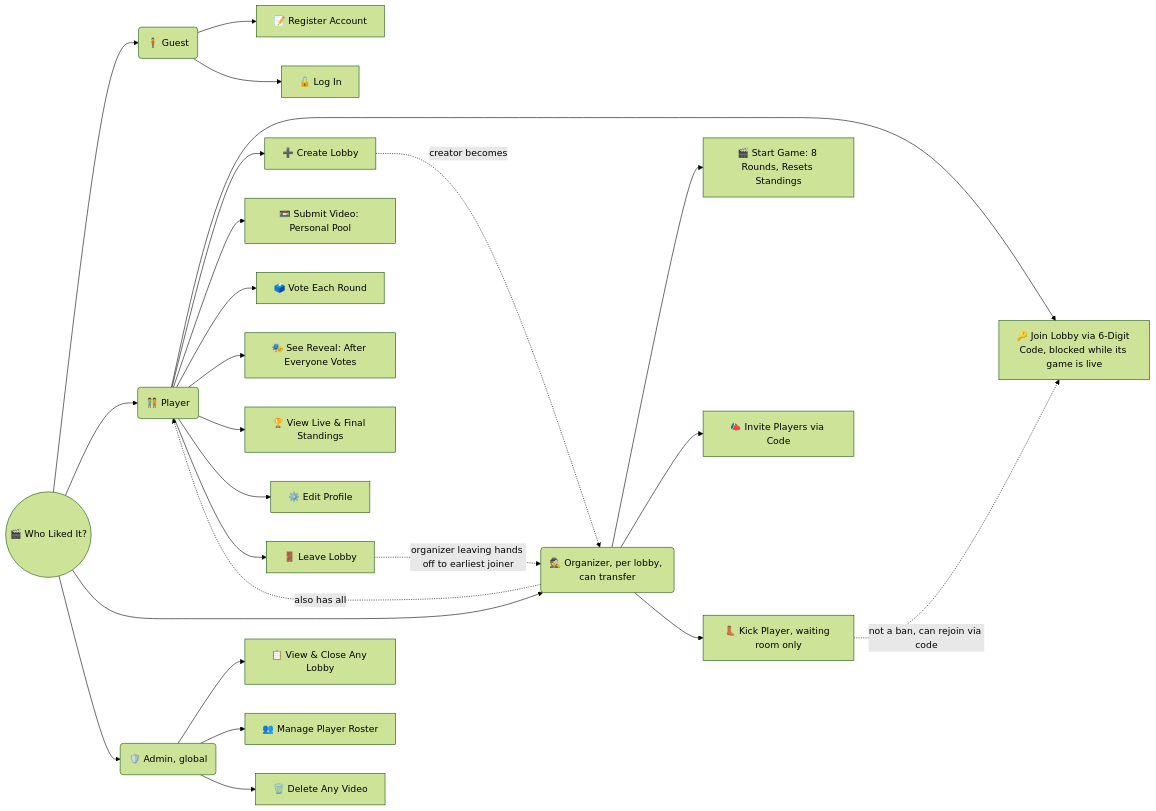
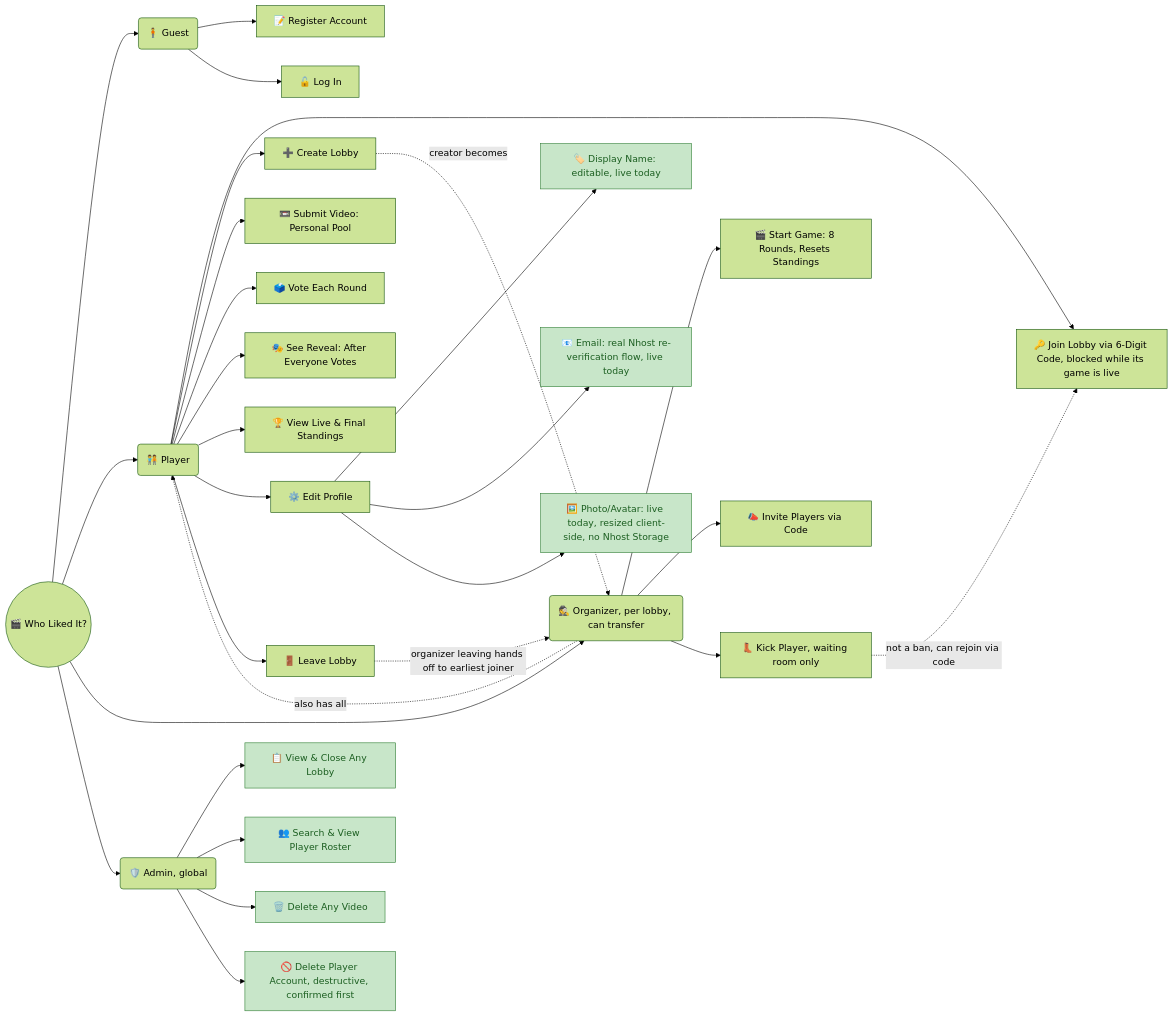
One commit to chrylox/who-liked-it changed the diagram in README.md. Above: the diagram before and after it, drawn with Mermaid (forest theme). The commit also changed other lines of this file and 1 other file, not shown here.

Commit message:
Bring README and handoff fully up to date for a clean handoff
README still described the project as an unbuilt Supabase-based prototype
— rewritten to match reality (Nhost, live, every role real) and synced
its embedded diagram with the current one. PROJECT_HANDOFF.md now covers
today's real-device fixes: the guess-sheet toggle restoration, the
resolve-tiktok-link Nhost Function for short share links, and the switch
to TikTok's Embed Player to stop leaking the submitter's username via the
caption before reveal.

````diff
--- a/README.md
+++ b/README.md
@@ -7,32 +9,39 @@
 ```mermaid
 graph LR
   Root((🎬 Who Liked It?))
 
   Root --> Guest(🧍 Guest)
   Guest --> G1[📝 Register Account]
   Guest --> G2[🔓 Log In]
 
   Root --> Player(🧑‍🤝‍🧑 Player)
   Player --> P1[🔑 Join Lobby via 6-Digit Code, blocked while its game is live]
   Player --> P2[➕ Create Lobby]
   Player --> P3[📼 Submit Video: Personal Pool]
   Player --> P4[🗳️ Vote Each Round]
   Player --> P5[🎭 See Reveal: After Everyone Votes]
-  Player --> P6[🏆 View Live & Final Standings]
+  Player --> P6[🏆 View Live &amp; Final Standings]
   Player --> P7[⚙️ Edit Profile]
+  P7 --> P7a[🏷️ Display Name: editable, live today]
+  P7 --> P7b[📧 Email: real Nhost re-verification flow, live today]
+  P7 --> P7c[🖼️ Photo/Avatar: live today, resized client-side, no Nhost Storage]
   Player --> P8[🚪 Leave Lobby]
 
   Root --> Organizer(🕵️ Organizer, per lobby, can transfer)
   Organizer --> O1[🎬 Start Game: 8 Rounds, Resets Standings]
   Organizer --> O2[📣 Invite Players via Code]
   Organizer --> O3[👢 Kick Player, waiting room only]
   Organizer -.->|also has all| Player
   P2 -.->|creator becomes| Organizer
   P8 -.->|organizer leaving hands off to earliest joiner| Organizer
   O3 -.->|not a ban, can rejoin via code| P1
 
   Root --> Admin(🛡️ Admin, global)
-  Admin --> A1[📋 View & Close Any Lobby]
-  Admin --> A2[👥 Manage Player Roster]
+  Admin --> A1[📋 View &amp; Close Any Lobby]
+  Admin --> A2[👥 Search &amp; View Player Roster]
   Admin --> A3[🗑️ Delete Any Video]
+  Admin --> A4[🚫 Delete Player Account, destructive, confirmed first]
+
+  classDef live fill:#c8e6c9,stroke:#2e7d32,color:#1b5e20
+  class P7a,P7b,P7c,A1,A2,A3,A4 live
 ```
````
